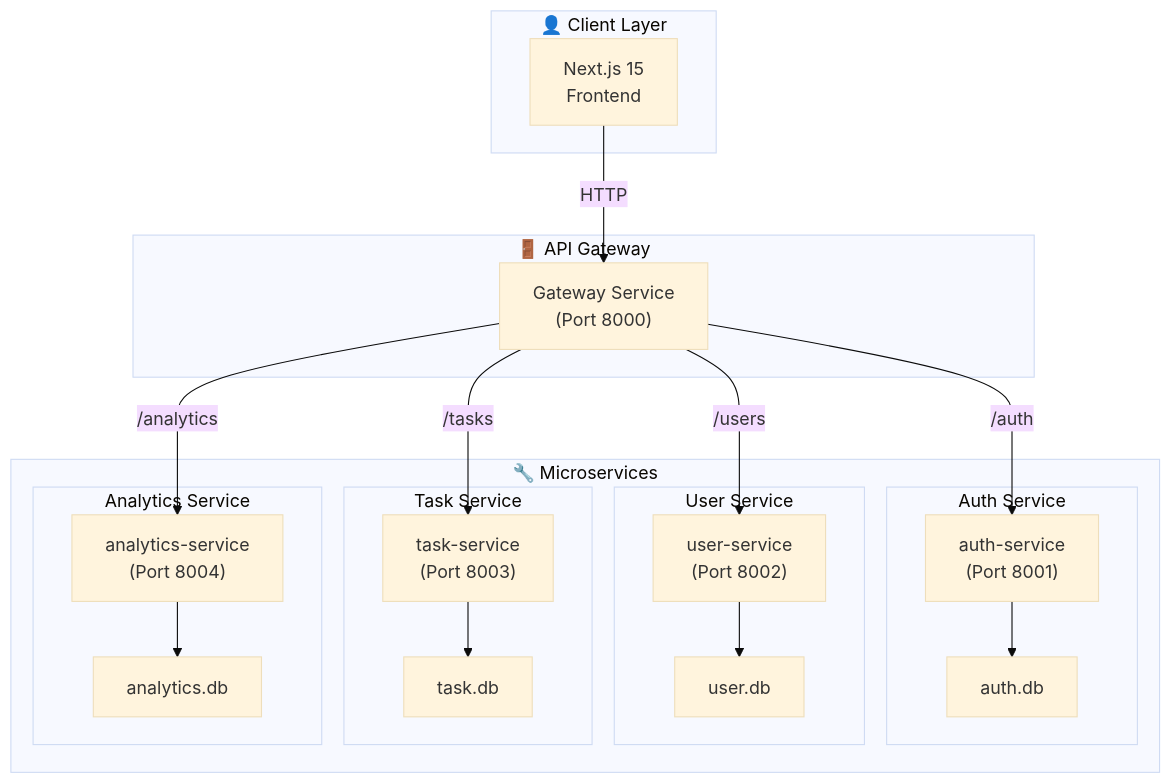
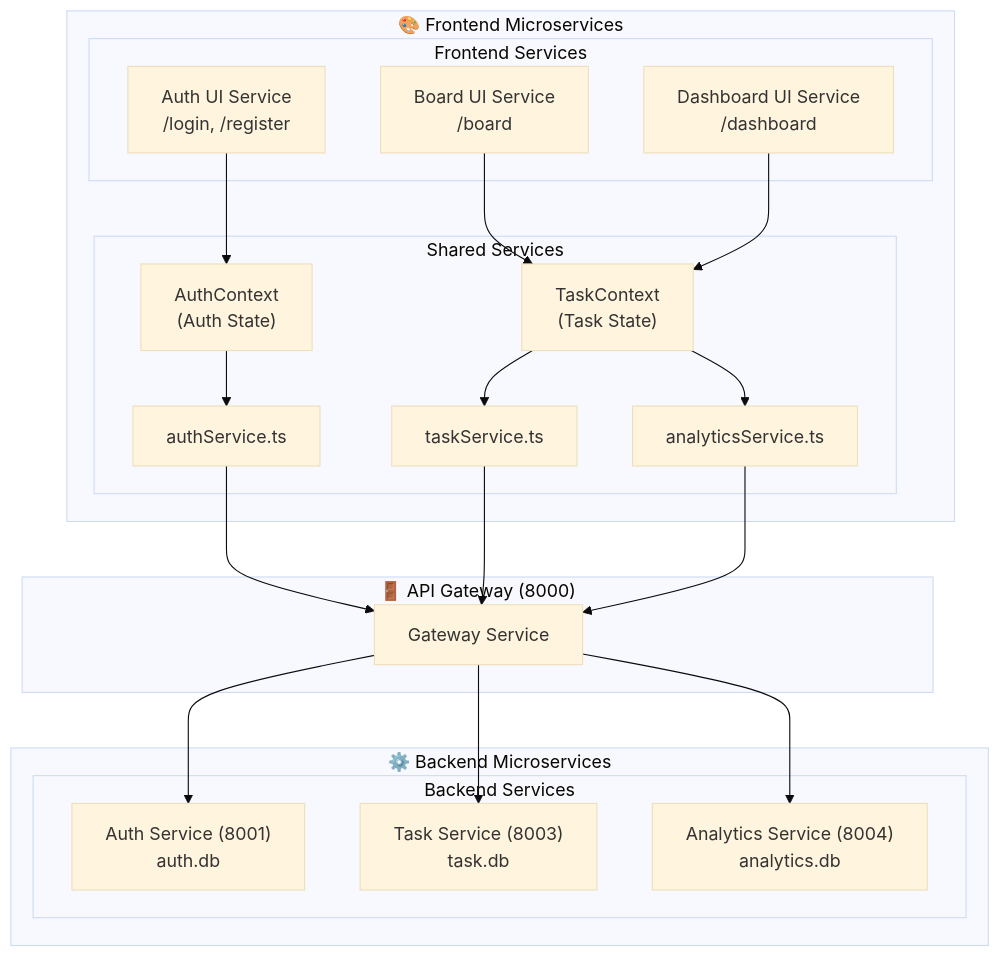
One commit to Azizjazz/augmanted_dev changed the diagram in ARCHITECTURE.md. Above: the diagram before and after it, drawn with Mermaid (base theme). The commit also changed other lines of this file and 4 other files, not shown here.

First line of the commit message:
chore: remove Docker/scripts, update architecture

````diff
--- a/ARCHITECTURE.md
+++ b/ARCHITECTURE.md
@@ -8,43 +8,45 @@
 ```mermaid
 graph TB
-    subgraph CLIENT["👤 Client Layer"]
-        FE["Next.js 15<br/>Frontend"]
-    end
-    
-    subgraph GATEWAY["🚪 API Gateway"]
-        GW["Gateway Service<br/>(Port 8000)"]
-    end
-    
-    subgraph SERVICES["🔧 Microservices"]
-        subgraph AUTH["Auth Service"]
-            AUTH_SVC["auth-service<br/>(Port 8001)"]
-            AUTH_DB["auth.db"]
+    subgraph FRONTEND["🎨 Frontend Microservices"]
+        subgraph FE_SERVICES["Frontend Services"]
+            AUTH_UI["Auth UI Service<br/>/login, /register"]
+            BOARD_UI["Board UI Service<br/>/board"]
+            DASHBOARD_UI["Dashboard UI Service<br/>/dashboard"]
         end
         
-        subgraph USER["User Service"]
-            USER_SVC["user-service<br/>(Port 8002)"]
-            USER_DB["user.db"]
-        end
-        
-        subgraph TASK["Task Service"]
-            TASK_SVC["task-service<br/>(Port 8003)"]
-            TASK_DB["task.db"]
-        end
-        
-        subgraph ANALYTICS["Analytics Service"]
-            ANALYTICS_SVC["analytics-service<br/>(Port 8004)"]
-            ANALYTICS_DB["analytics.db"]
+        subgraph FE_SHARED["Shared Services"]
+            AUTH_CTX["AuthContext<br/>(Auth State)"]
+            TASK_CTX["TaskContext<br/>(Task State)"]
+            AUTH_SVC["authService.ts"]
+            TASK_SVC["taskService.ts"]
+            ANALYTICS_SVC["analyticsService.ts"]
         end
     end
     
-    FE --> |HTTP| GW
-    GW --> |/auth| AUTH_SVC
-    GW --> |/users| USER_SVC
-    GW --> |/tasks| TASK_SVC
-    GW --> |/analytics| ANALYTICS_SVC
+    subgraph GATEWAY["🚪 API Gateway (8000)"]
+        GW["Gateway Service"]
+    end
     
-    AUTH_SVC --> AUTH_DB
-    USER_SVC --> USER_DB
-    TASK_SVC --> TASK_DB
-    ANALYTICS_SVC --> ANALYTICS_DB
+    subgraph BACKEND["⚙️ Backend Microservices"]
+        subgraph BACKEND_SERVICES["Backend Services"]
+            AUTH_SVC_B["Auth Service (8001)<br/>auth.db"]
+            TASK_SVC_B["Task Service (8003)<br/>task.db"]
+            ANALYTICS_SVC_B["Analytics Service (8004)<br/>analytics.db"]
+        end
+    end
+    
+    AUTH_UI --> AUTH_CTX
+    BOARD_UI --> TASK_CTX
+    DASHBOARD_UI --> TASK_CTX
+    AUTH_CTX --> AUTH_SVC
+    TASK_CTX --> TASK_SVC
+    TASK_CTX --> ANALYTICS_SVC
+    
+    AUTH_SVC --> GW
+    TASK_SVC --> GW
+    ANALYTICS_SVC --> GW
+    
+    GW --> AUTH_SVC_B
+    GW --> TASK_SVC_B
+    GW --> ANALYTICS_SVC_B
 ```
````
